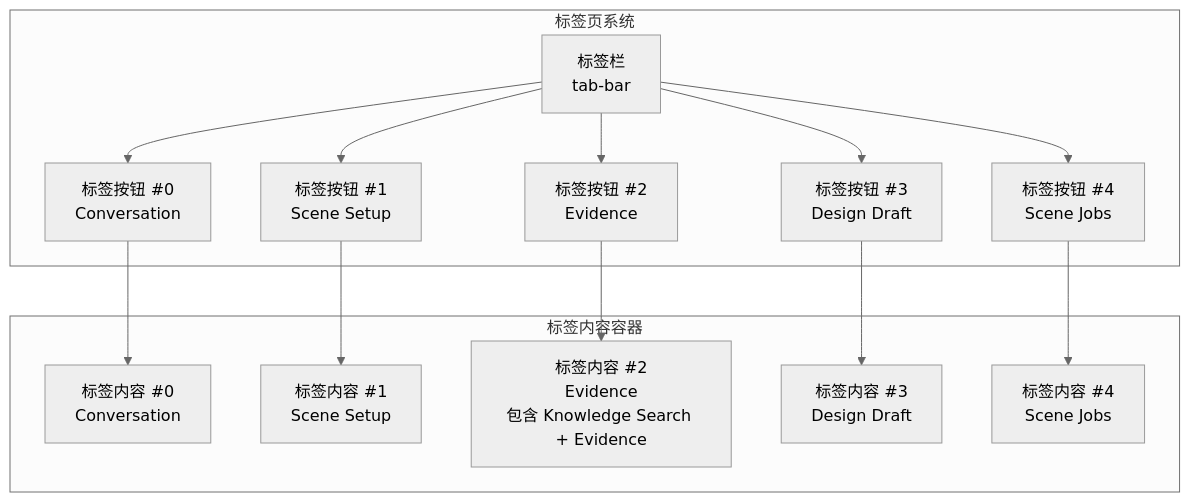
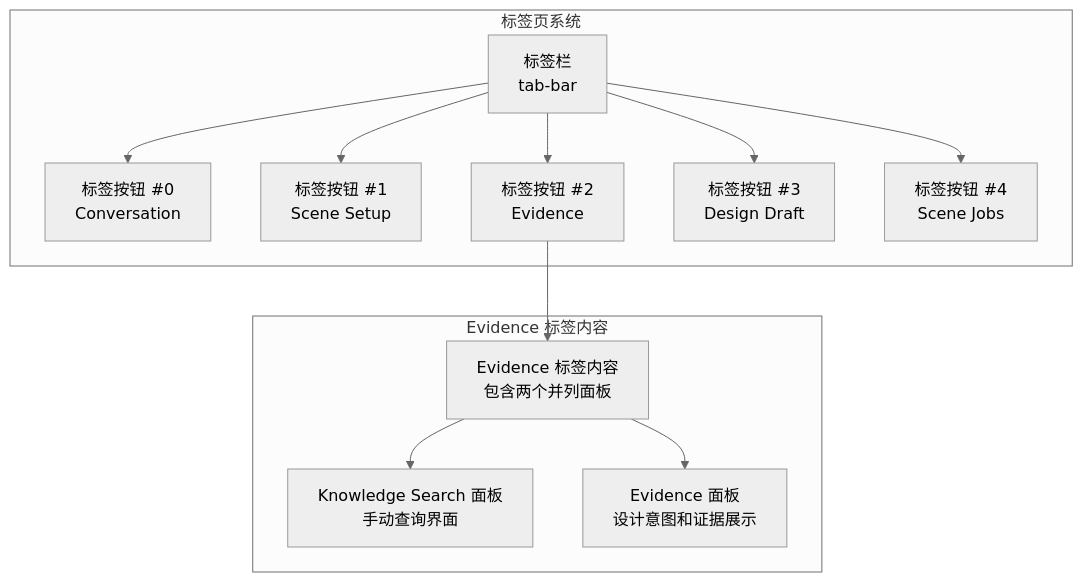
One commit to wsqstar/RoadGen3D changed the second of 10 diagrams in .qoder/repowiki/zh/content/Web界面系统/工作台界面/知识检索面板.md. Above: the diagram before and after it, drawn with Mermaid (neutral theme). The commit also changed other lines of this file and 13 other files, not shown here.

````diff
--- a/.qoder/repowiki/zh/content/Web界面系统/工作台界面/知识检索面板.md
+++ b/.qoder/repowiki/zh/content/Web界面系统/工作台界面/知识检索面板.md
@@ -48,28 +83,24 @@
 ```mermaid
 graph TB
 subgraph "标签页系统"
 TAB_BAR["标签栏<br/>tab-bar"]
 TAB_BTN1["标签按钮 #0<br/>Conversation"]
 TAB_BTN2["标签按钮 #1<br/>Scene Setup"]
 TAB_BTN3["标签按钮 #2<br/>Evidence"]
 TAB_BTN4["标签按钮 #3<br/>Design Draft"]
 TAB_BTN5["标签按钮 #4<br/>Scene Jobs"]
 end
-subgraph "标签内容容器"
-TAB_CONTENT1["标签内容 #0<br/>Conversation"]
-TAB_CONTENT2["标签内容 #1<br/>Scene Setup"]
-TAB_CONTENT3["标签内容 #2<br/>Evidence<br/>包含 Knowledge Search + Evidence"]
-TAB_CONTENT4["标签内容 #3<br/>Design Draft"]
-TAB_CONTENT5["标签内容 #4<br/>Scene Jobs"]
+subgraph "Evidence 标签内容"
+EVIDENCE_PANEL["Evidence 标签内容<br/>包含两个并列面板"]
+KNOWLEDGE_SEARCH["Knowledge Search 面板<br/>手动查询界面"]
+EVIDENCE_PANEL2["Evidence 面板<br/>设计意图和证据展示"]
 end
 TAB_BAR --> TAB_BTN1
 TAB_BAR --> TAB_BTN2
 TAB_BAR --> TAB_BTN3
 TAB_BAR --> TAB_BTN4
 TAB_BAR --> TAB_BTN5
-TAB_BTN1 --> TAB_CONTENT1
-TAB_BTN2 --> TAB_CONTENT2
-TAB_BTN3 --> TAB_CONTENT3
-TAB_BTN4 --> TAB_CONTENT4
-TAB_BTN5 --> TAB_CONTENT5
+TAB_BTN3 --> EVIDENCE_PANEL
+EVIDENCE_PANEL --> KNOWLEDGE_SEARCH
+EVIDENCE_PANEL --> EVIDENCE_PANEL2
 ```
````
